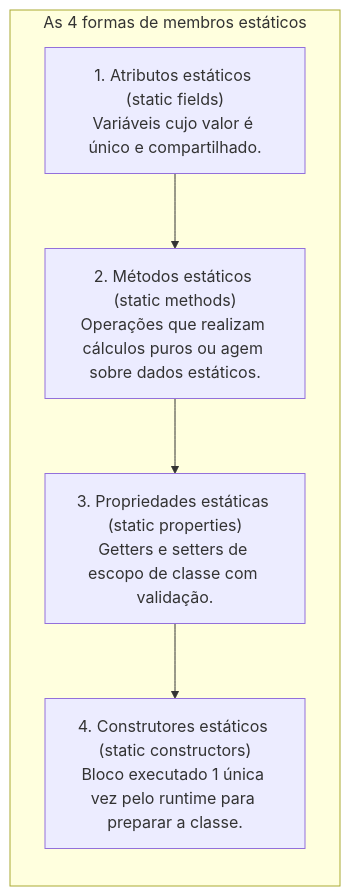
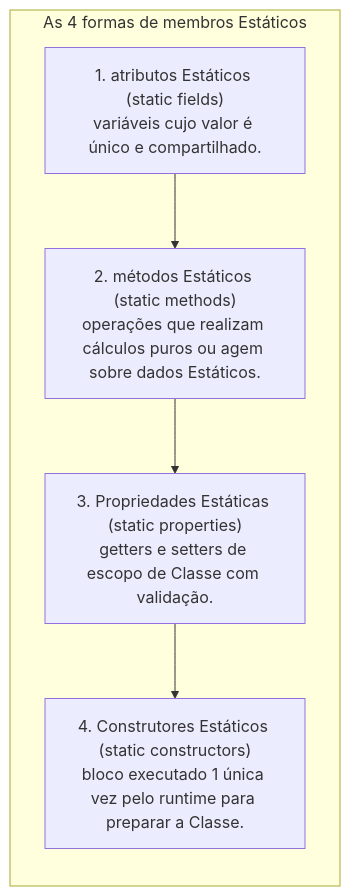
The second of 7 diagrams in 01. Programacao Modular/09. Atributos estáticos e propriedades (compartilhamento de estado e encapsulamento).md (leorruas/puc), drawn with Mermaid before and after one commit. The commit also changed other lines of this file and 10 other files, not shown here.

````diff
--- a/01. Programacao Modular/09. Atributos estáticos e propriedades (compartilhamento de estado e encapsulamento).md
+++ b/01. Programacao Modular/09. Atributos estáticos e propriedades (compartilhamento de estado e encapsulamento).md
@@ -69,14 +82,14 @@
 ```mermaid
 flowchart TD
-    subgraph MembrosEstaticos ["As 4 formas de membros estáticos"]
+    subgraph MembrosEstaticos ["As 4 formas de membros Estáticos"]
         direction TB
-        M1["1. Atributos estáticos (static fields)<br>Variáveis cujo valor é único e compartilhado."]
-        M2["2. Métodos estáticos (static methods)<br>Operações que realizam cálculos puros ou agem sobre dados estáticos."]
-        M3["3. Propriedades estáticas (static properties)<br>Getters e setters de escopo de classe com validação."]
-        M4["4. Construtores estáticos (static constructors)<br>Bloco executado 1 única vez pelo runtime para preparar a classe."]
+        M1["1. atributos Estáticos (static fields)<br>variáveis cujo valor é único e compartilhado."]
+        M2["2. métodos Estáticos (static methods)<br>operações que realizam cálculos puros ou agem sobre dados Estáticos."]
+        M3["3. Propriedades Estáticas (static properties)<br>getters e setters de escopo de Classe com validação."]
+        M4["4. Construtores Estáticos (static constructors)<br>bloco executado 1 única vez pelo runtime para preparar a Classe."]
 
         M1 --> M2
         M2 --> M3
         M3 --> M4
     end
 ```
````
